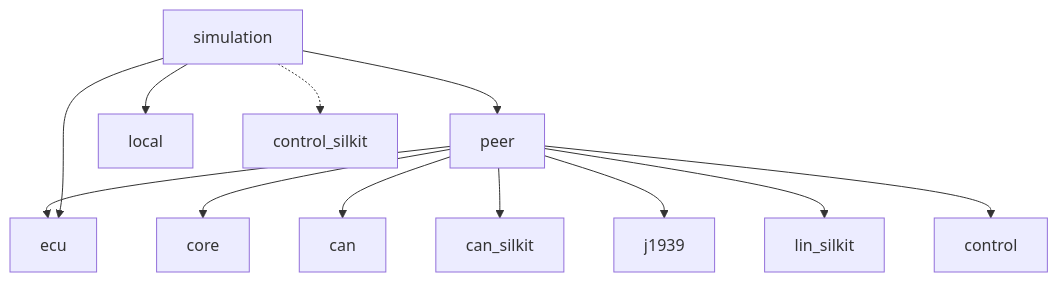
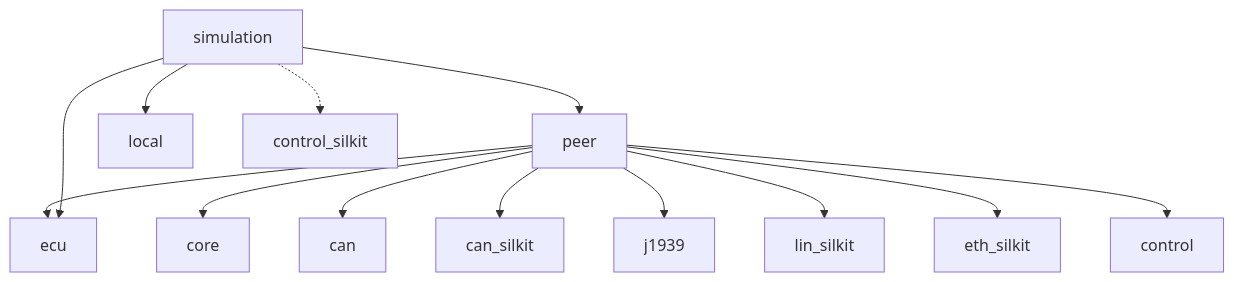
One commit to rahanahu/vehicle-sil changed the fifth of 8 diagrams in docs/code-map.md. Above: the diagram before and after it, drawn with Mermaid. The commit also changed other lines of this file, not shown here.

````diff
--- a/docs/code-map.md
+++ b/docs/code-map.md
@@ -599,14 +1251,15 @@
 ```mermaid
 flowchart TD
     peer --> core
     peer --> can
     peer --> can_silkit
     peer --> ecu
     peer --> j1939
     peer --> lin_silkit
+    peer --> eth_silkit
     peer --> control
     simulation --> ecu
     simulation --> peer
     simulation --> local
     simulation -.-> control_silkit
 ```
````
